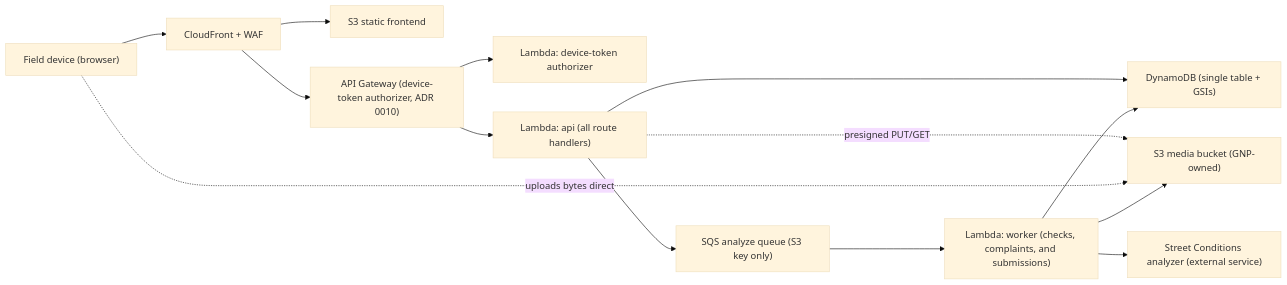
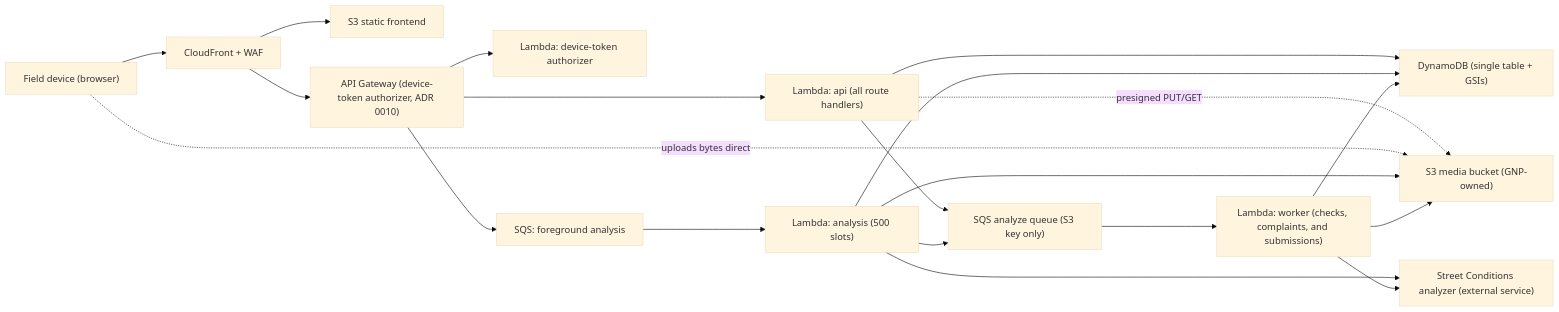
One commit to Mayor-s-Office-of-Innovation/good-neighbor-app changed the first of 2 diagrams in docs/architecture.md. Above: the diagram before and after it, drawn with Mermaid (base theme). The commit also changed other lines of this file and 2 other files, not shown here.

````diff
--- a/docs/architecture.md
+++ b/docs/architecture.md
@@ -5,16 +5,22 @@
 ```mermaid
 flowchart LR
   user["Field device (browser)"] --> cloudfront["CloudFront + WAF"]
   cloudfront --> frontend["S3 static frontend"]
   cloudfront --> api["API Gateway (device-token authorizer, ADR 0010)"]
   api --> authorizer["Lambda: device-token authorizer"]
   api --> checks["Lambda: api (all route handlers)"]
   checks --> dynamodb["DynamoDB (single table + GSIs)"]
   checks -. presigned PUT/GET .-> media["S3 media bucket (GNP-owned)"]
   user -. uploads bytes direct .-> media
   checks --> sqs["SQS analyze queue (S3 key only)"]
+  api --> analysisQueue["SQS: foreground analysis"]
+  analysisQueue --> analysisWorker["Lambda: analysis (500 slots)"]
+  analysisWorker --> media
+  analysisWorker --> dynamodb
+  analysisWorker --> analyzer
+  analysisWorker --> sqs
   sqs --> worker["Lambda: worker (checks, complaints, and submissions)"]
   worker --> media
   worker --> dynamodb
   worker --> analyzer["Street Conditions analyzer (external service)"]
 ```
````
